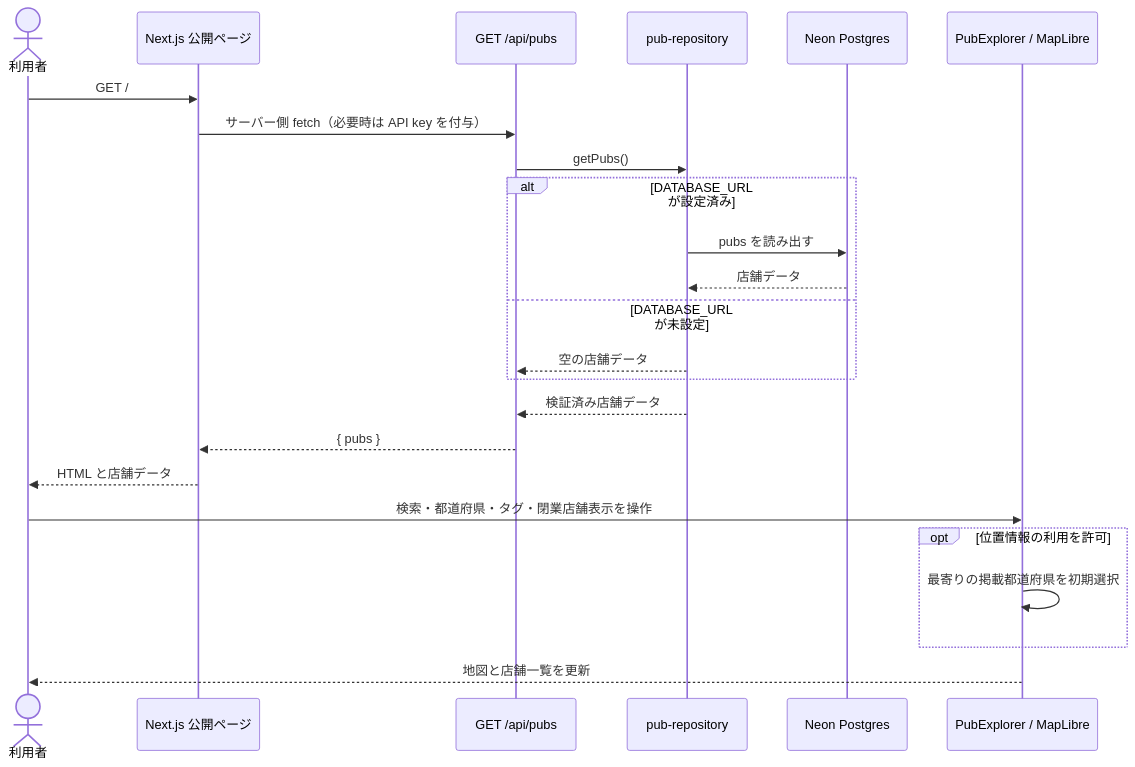
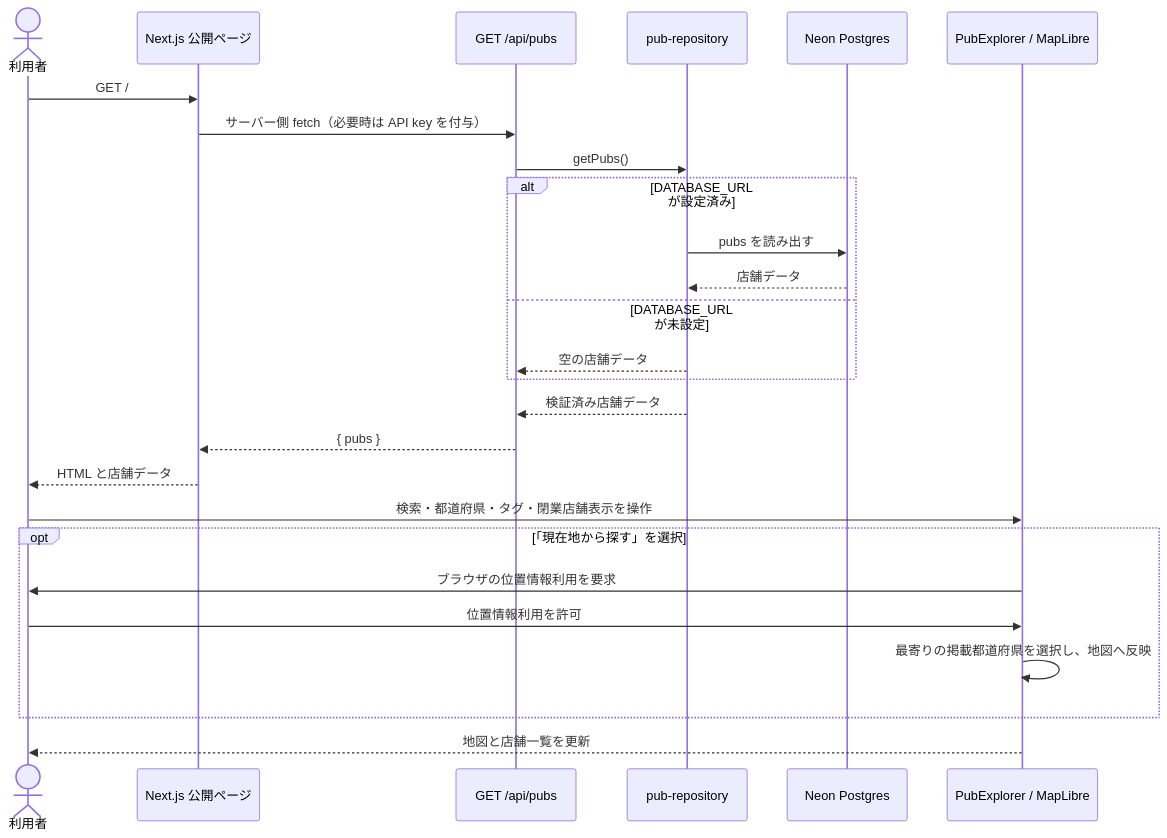
One commit to yusukefr/irishpub-map changed the first of 2 diagrams in docs/architecture/sequences.md. Above: the diagram before and after it, drawn with Mermaid. The commit also changed 11 other files, not shown here.

````diff
--- a/docs/architecture/sequences.md
+++ b/docs/architecture/sequences.md
@@ -5,27 +5,29 @@
 ```mermaid
 sequenceDiagram
   actor Visitor as 利用者
   participant Page as Next.js 公開ページ
   participant API as GET /api/pubs
   participant Repository as pub-repository
   participant Neon as Neon Postgres
   participant Explorer as PubExplorer / MapLibre
 
   Visitor->>Page: GET /
   Page->>API: サーバー側 fetch（必要時は API key を付与）
   API->>Repository: getPubs()
   alt DATABASE_URL が設定済み
     Repository->>Neon: pubs を読み出す
     Neon-->>Repository: 店舗データ
   else DATABASE_URL が未設定
     Repository-->>API: 空の店舗データ
   end
   Repository-->>API: 検証済み店舗データ
   API-->>Page: { pubs }
   Page-->>Visitor: HTML と店舗データ
   Visitor->>Explorer: 検索・都道府県・タグ・閉業店舗表示を操作
-  opt 位置情報の利用を許可
-    Explorer->>Explorer: 最寄りの掲載都道府県を初期選択
+  opt 「現在地から探す」を選択
+    Explorer->>Visitor: ブラウザの位置情報利用を要求
+    Visitor->>Explorer: 位置情報利用を許可
+    Explorer->>Explorer: 最寄りの掲載都道府県を選択し、地図へ反映
   end
   Explorer-->>Visitor: 地図と店舗一覧を更新
 ```
````
